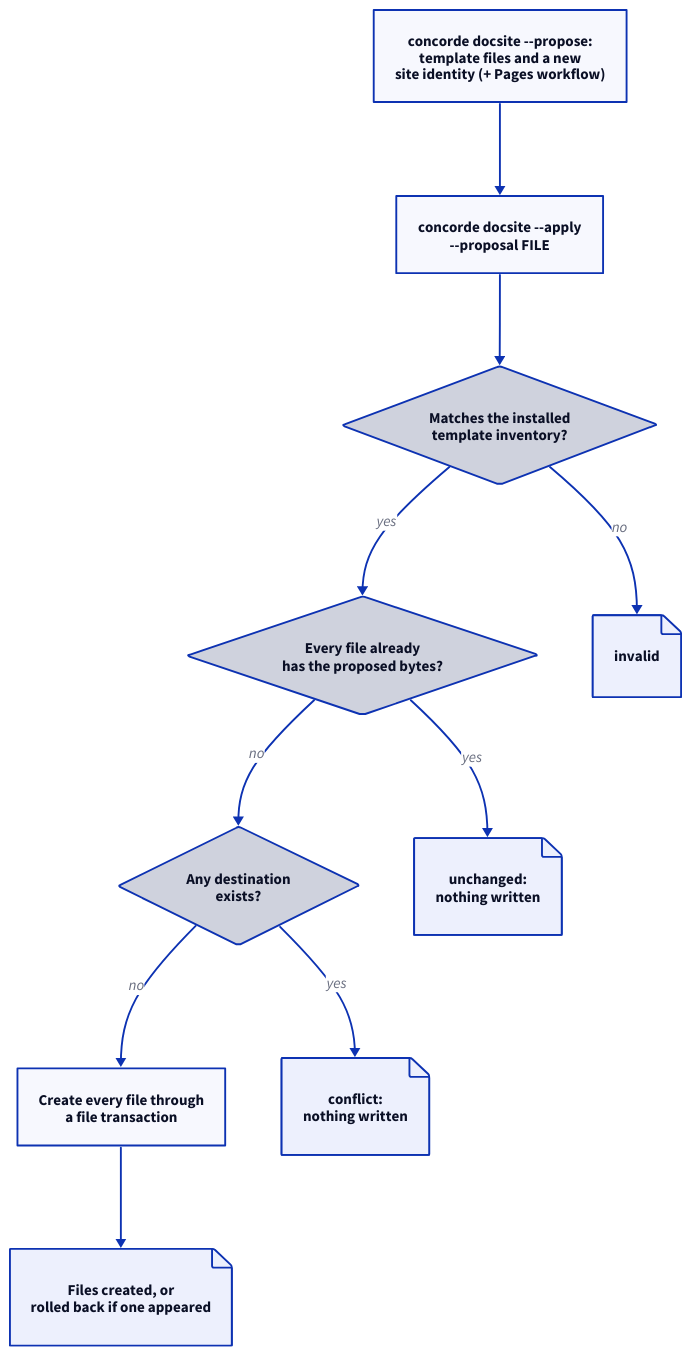
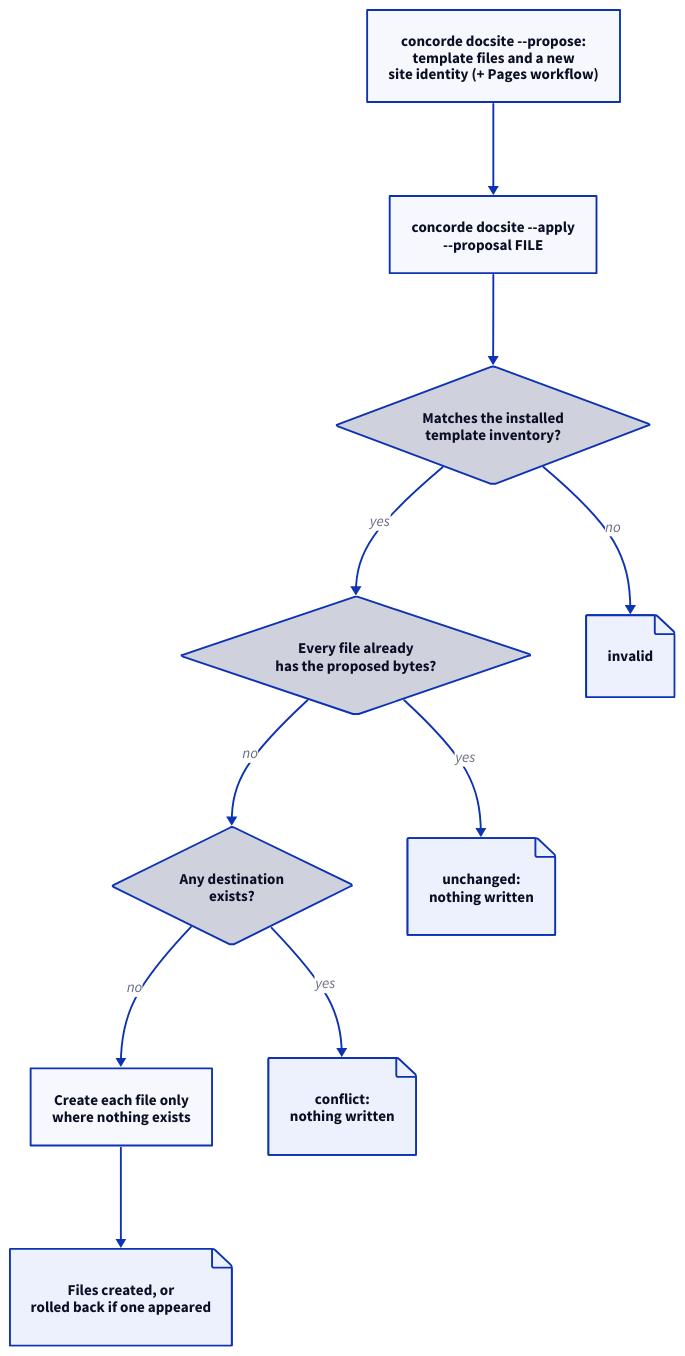
The third of 4 diagrams in specs/concorde/spec-tooling/views/module.md (FTOD/concorde), drawn with D2 before and after one commit. The commit also changed other lines of this file and 8 other files, not shown here.

First line of the commit message:
views: create scaffold files only where nothing exists, and refuse an uninitialized project on apply

````diff
--- a/specs/concorde/spec-tooling/views/module.md
+++ b/specs/concorde/spec-tooling/views/module.md
@@ -133,21 +133,21 @@
 ```d2 illustrative
 direction: down
 propose: "concorde docsite --propose:\ntemplate files and a new\nsite identity (+ Pages workflow)"
 apply: "concorde docsite --apply\n--proposal FILE"
 match: "Matches the installed\ntemplate inventory?" {shape: diamond}
 same: "Every file already\nhas the proposed bytes?" {shape: diamond}
 exists: "Any destination\nexists?" {shape: diamond}
-write: "Create every file through\na file transaction"
+write: "Create each file only\nwhere nothing exists"
 invalid: "invalid" {shape: page}
 unchanged: "unchanged:\nnothing written" {shape: page}
 conflict: "conflict:\nnothing written" {shape: page}
 created: "Files created, or\nrolled back if one appeared" {shape: page}
 propose -> apply -> match
 match -> invalid: no
 match -> same: yes
 same -> unchanged: yes
 same -> exists: no
 exists -> conflict: yes
 exists -> write: no
 write -> created
 ```
````
